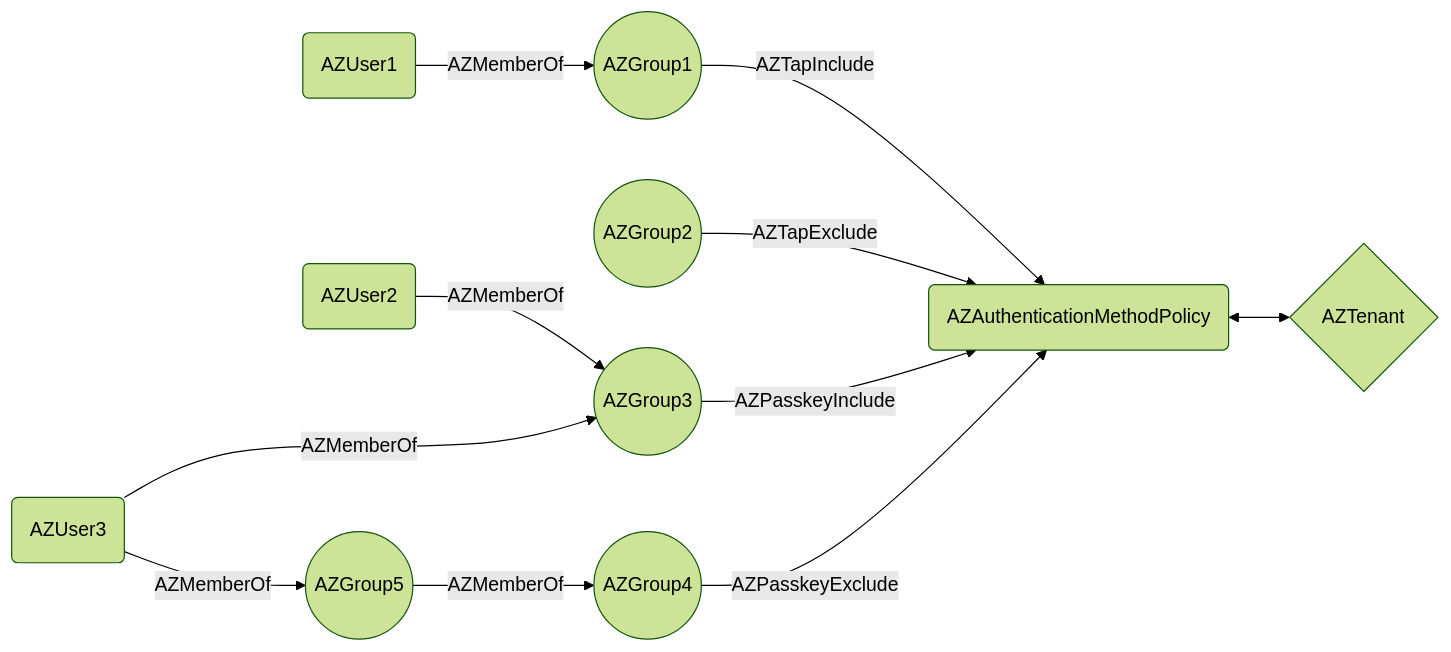
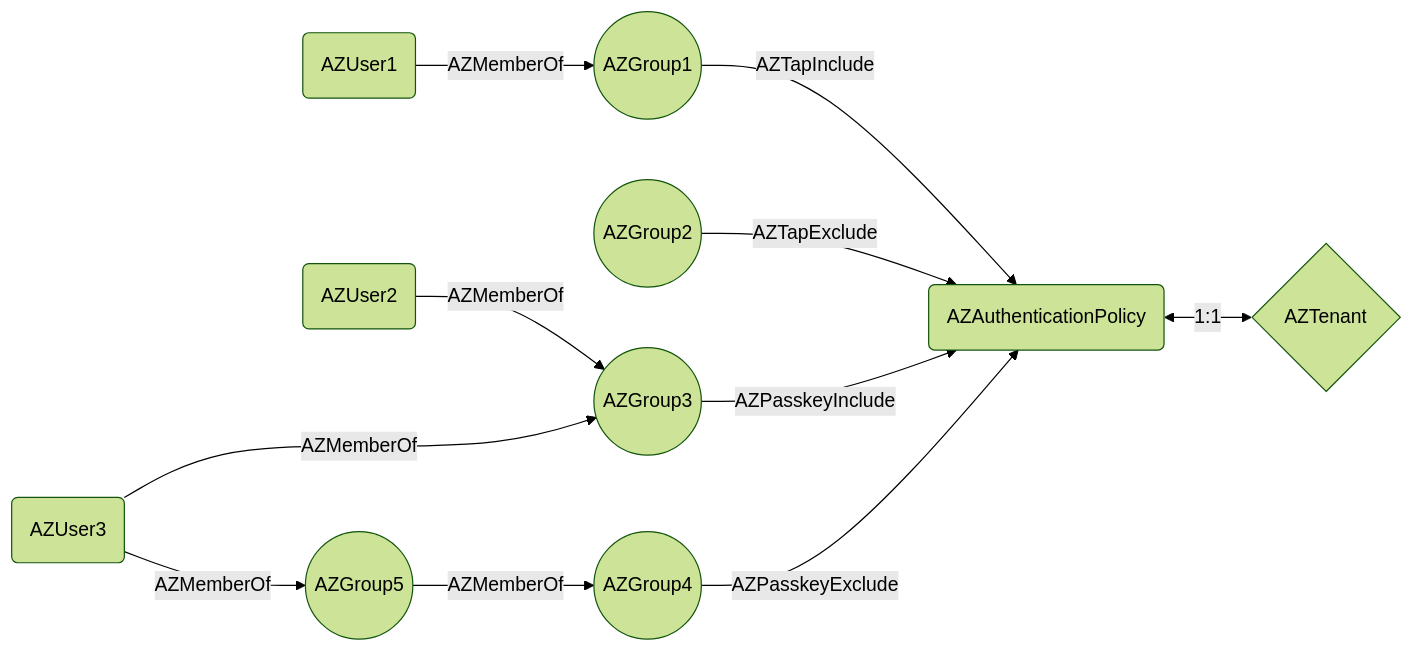
Before and after one commit to MichaelGrafnetter/EntraAuthPolicyHound: the first of 3 diagrams in README.md, drawn with Mermaid (forest theme). The commit also changed other lines of this file and 5 other files, not shown here.

````diff
--- a/README.md
+++ b/README.md
@@ -72,15 +110,15 @@
 ```mermaid
 graph LR
-    g1((AZGroup1)) -- AZTapInclude --> P(AZAuthenticationMethodPolicy)
+    g1((AZGroup1)) -- AZTapInclude --> P(AZAuthenticationPolicy)
     g2((AZGroup2)) -- AZTapExclude --> P
     u1(AZUser1) -- AZMemberOf --> g1
 
-    g3((AZGroup3)) -- AZPasskeyInclude --> P(AZAuthenticationMethodPolicy)
+    g3((AZGroup3)) -- AZPasskeyInclude --> P(AZAuthenticationPolicy)
     g4((AZGroup4)) -- AZPasskeyExclude --> P
     u2(AZUser2) -- AZMemberOf --> g3
     g5((AZGroup5)) -- AZMemberOf --> g4
     u3(AZUser3) -- AZMemberOf --> g5
     u3 -- AZMemberOf --> g3
 
-    P <--> t{AZTenant}
+    P <-- 1:1 --> t{AZTenant}
 ```
````
